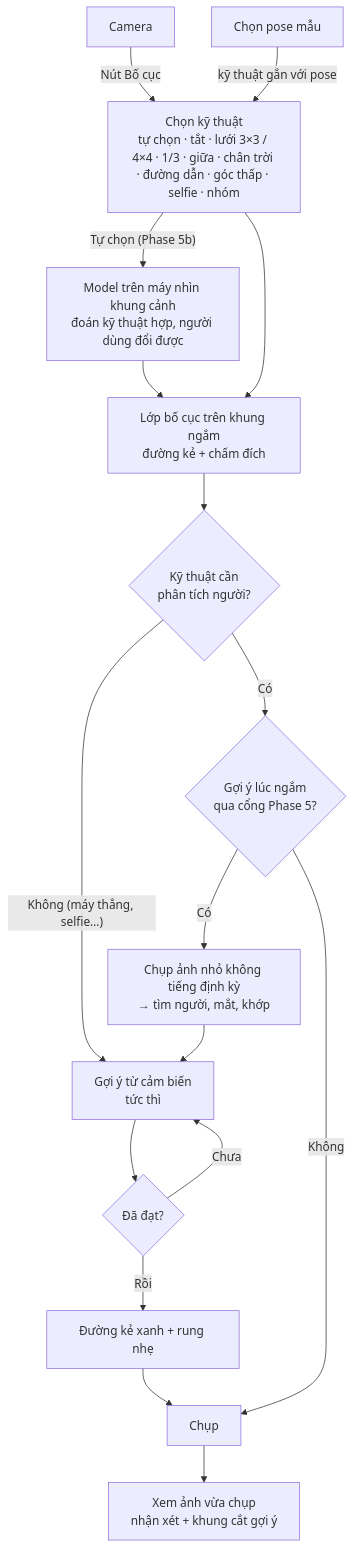
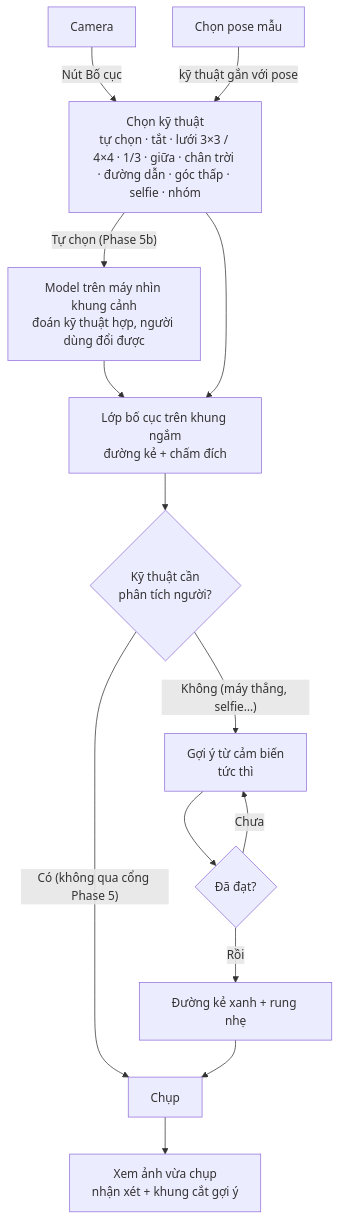
The fourth of 7 diagrams in docs/business-flow.md (tktnq2004/TakeASnap), drawn with Mermaid before and after one commit. The commit also changed other lines of this file and 2 other files, not shown here.

Commit message:
docs: kết quả phiếu Phase 5 mục 15, cổng gợi ý lúc ngắm không đạt (chỉ còn gợi ý cảm biến)

````diff
--- a/docs/business-flow.md
+++ b/docs/business-flow.md
@@ -258,19 +258,16 @@
 ```mermaid
 flowchart TD
     CAM[Camera] -- "Nút Bố cục" --> PICK[Chọn kỹ thuật<br/>tự chọn · tắt · lưới 3×3 / 4×4 · 1/3 · giữa · chân trời · đường dẫn · góc thấp · selfie · nhóm]
     PICK -- "Tự chọn (Phase 5b)" --> AUTO[Model trên máy nhìn khung cảnh<br/>đoán kỹ thuật hợp, người dùng đổi được]
     AUTO --> GUIDE
     POSE[Chọn pose mẫu] -- "kỹ thuật gắn với pose" --> PICK
     PICK --> GUIDE[Lớp bố cục trên khung ngắm<br/>đường kẻ + chấm đích]
     GUIDE --> SENSE{Kỹ thuật cần<br/>phân tích người?}
     SENSE -- "Không (máy thẳng, selfie…)" --> HINT[Gợi ý từ cảm biến<br/>tức thì]
-    SENSE -- "Có" --> LIVE{Gợi ý lúc ngắm<br/>qua cổng Phase 5?}
-    LIVE -- "Có" --> ANALYZE[Chụp ảnh nhỏ không tiếng định kỳ<br/>→ tìm người, mắt, khớp]
-    ANALYZE --> HINT
-    LIVE -- "Không" --> SHOOT
+    SENSE -- "Có (không qua cổng Phase 5)" --> SHOOT
     HINT --> OK{Đã đạt?}
     OK -- "Chưa" --> HINT
     OK -- "Rồi" --> GREEN[Đường kẻ xanh + rung nhẹ]
     GREEN --> SHOOT[Chụp]
     SHOOT --> REVIEW[Xem ảnh vừa chụp<br/>nhận xét + khung cắt gợi ý]
 ```
````
